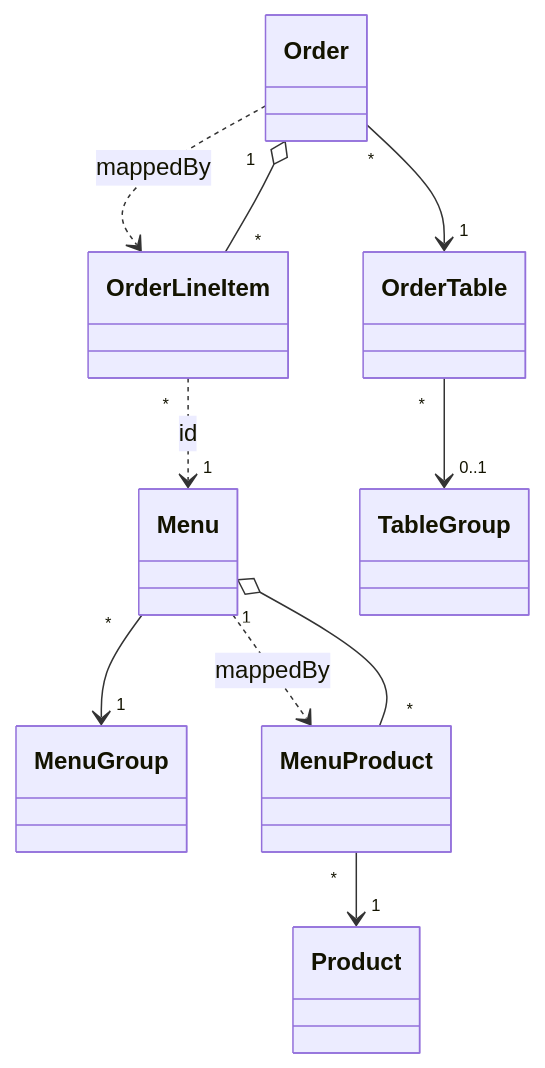
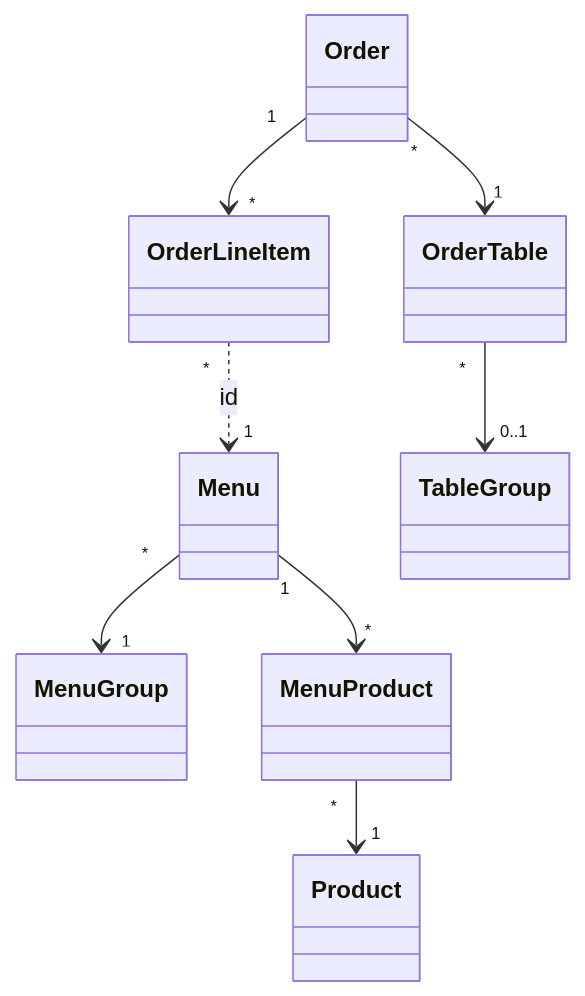
The first of 2 diagrams in README.md (woowacourse/jwp-refactoring), drawn with Mermaid before and after one commit. The commit also changed other lines of this file, not shown here.

````diff
--- a/README.md
+++ b/README.md
@@ -88,12 +88,10 @@
 ```mermaid
 classDiagram
     Menu "*" --> "1" MenuGroup
-    Menu ..> MenuProduct: mappedBy
-    MenuProduct "*" --o "1" Menu
+    Menu "1" --> "*" MenuProduct
     MenuProduct "*" --> "1" Product
     Order "*" --> "1" OrderTable
-    Order ..> OrderLineItem: mappedBy
+    Order "1" --> "*" OrderLineItem
     OrderLineItem "*" ..> "1" Menu : id
-    OrderLineItem "*" --o "1" Order
     OrderTable "*" --> "0..1" TableGroup
 ```
````
